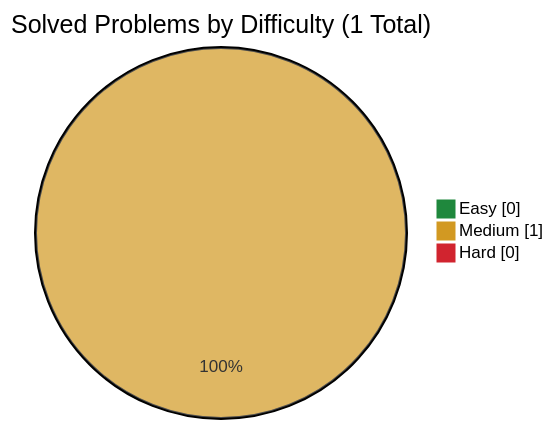
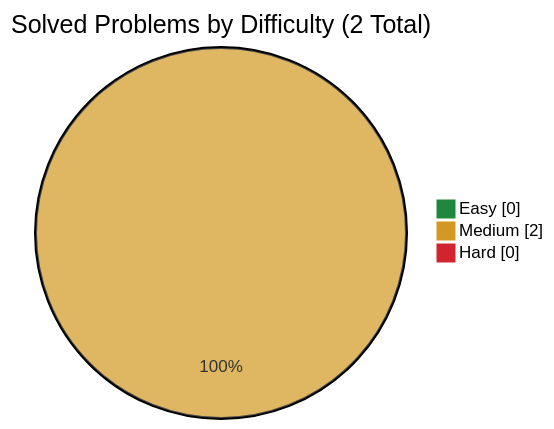
One commit to simonesiega/leetcode-solutions changed the diagram in companies/roblox/README.md. Above: the diagram before and after it, drawn with Mermaid. The commit also changed other lines of this file and 4 other files, not shown here.

````diff
--- a/companies/roblox/README.md
+++ b/companies/roblox/README.md
@@ -15,8 +15,8 @@
 ```mermaid
 %%{init: {"themeVariables": {"pie1": "#1f883d", "pie2": "#d29922", "pie3": "#d1242f"}}}%%
 pie showData
-    title Solved Problems by Difficulty (1 Total)
+    title Solved Problems by Difficulty (2 Total)
     "Easy" : 0
-    "Medium" : 1
+    "Medium" : 2
     "Hard" : 0
 ```
````
